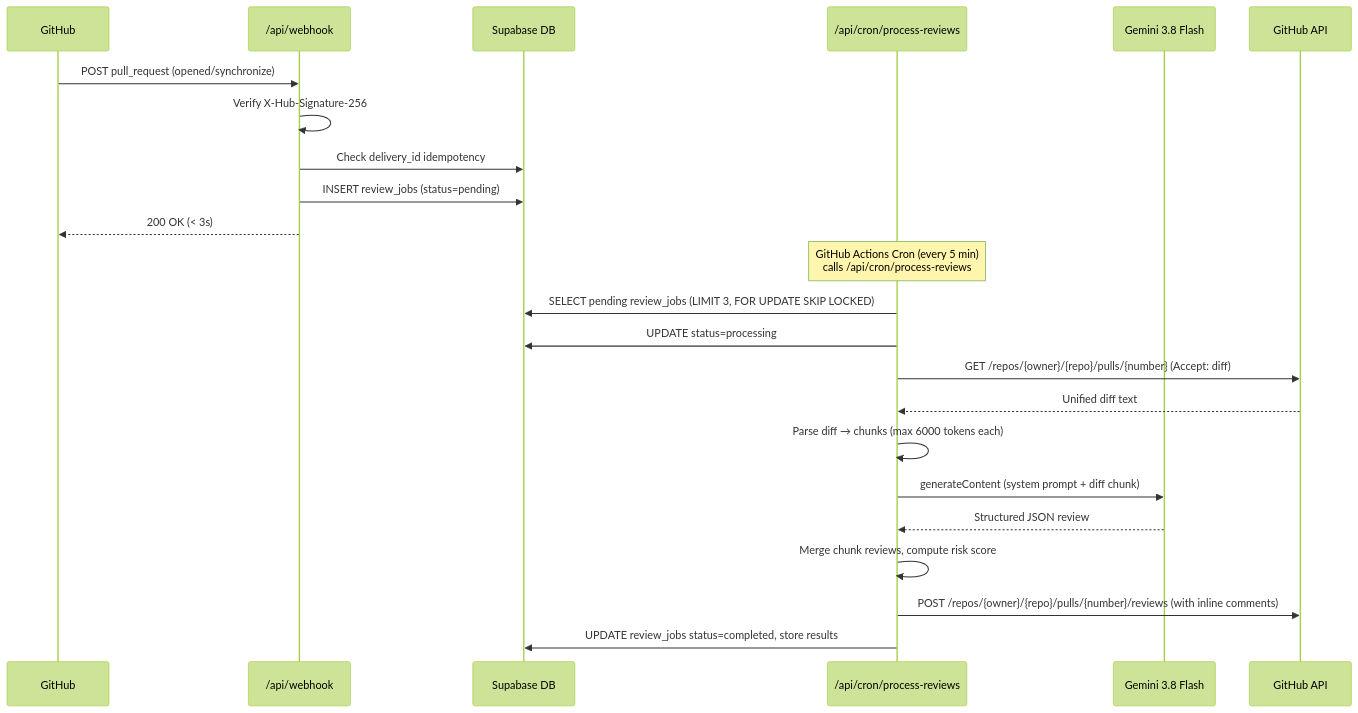
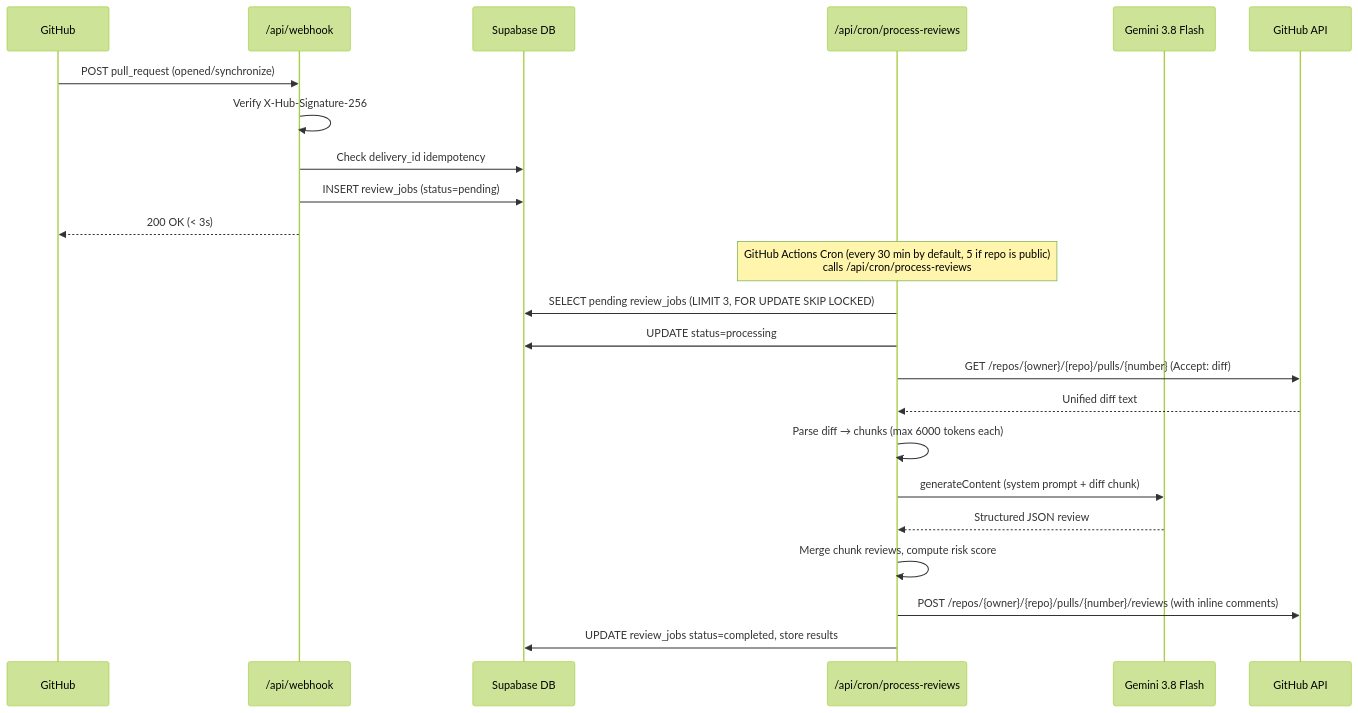
The second of 2 diagrams in ARCHITECTURE.md (santhoshh005/PR_Pilot), drawn with Mermaid (forest theme) before and after one commit. The commit also changed other lines of this file and 6 other files, not shown here.

````diff
--- a/ARCHITECTURE.md
+++ b/ARCHITECTURE.md
@@ -34,27 +34,27 @@
 ```mermaid
 sequenceDiagram
   participant GH as GitHub
   participant WH as /api/webhook
   participant DB as Supabase DB
   participant CRON as /api/cron/process-reviews
   participant AI as Gemini 3.8 Flash
   participant GHAPI as GitHub API
 
   GH->>WH: POST pull_request (opened/synchronize)
   WH->>WH: Verify X-Hub-Signature-256
   WH->>DB: Check delivery_id idempotency
   WH->>DB: INSERT review_jobs (status=pending)
   WH-->>GH: 200 OK (< 3s)
 
-  Note over CRON: GitHub Actions Cron (every 5 min)<br/>calls /api/cron/process-reviews
+  Note over CRON: GitHub Actions Cron (every 30 min by default, 5 if repo is public)<br/>calls /api/cron/process-reviews
   CRON->>DB: SELECT pending review_jobs (LIMIT 3, FOR UPDATE SKIP LOCKED)
   CRON->>DB: UPDATE status=processing
   CRON->>GHAPI: GET /repos/{owner}/{repo}/pulls/{number} (Accept: diff)
   GHAPI-->>CRON: Unified diff text
   CRON->>CRON: Parse diff → chunks (max 6000 tokens each)
   CRON->>AI: generateContent (system prompt + diff chunk)
   AI-->>CRON: Structured JSON review
   CRON->>CRON: Merge chunk reviews, compute risk score
   CRON->>GHAPI: POST /repos/{owner}/{repo}/pulls/{number}/reviews (with inline comments)
   CRON->>DB: UPDATE review_jobs status=completed, store results
 ```
````
